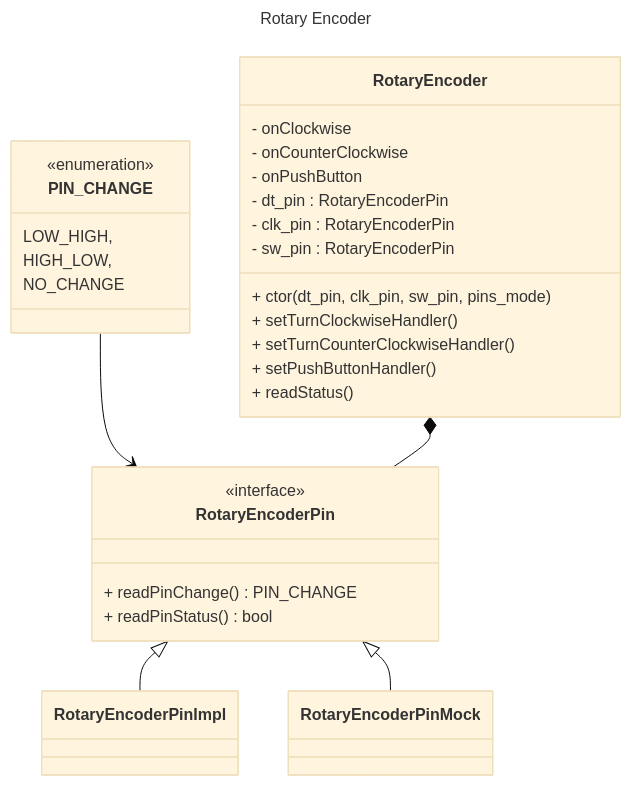
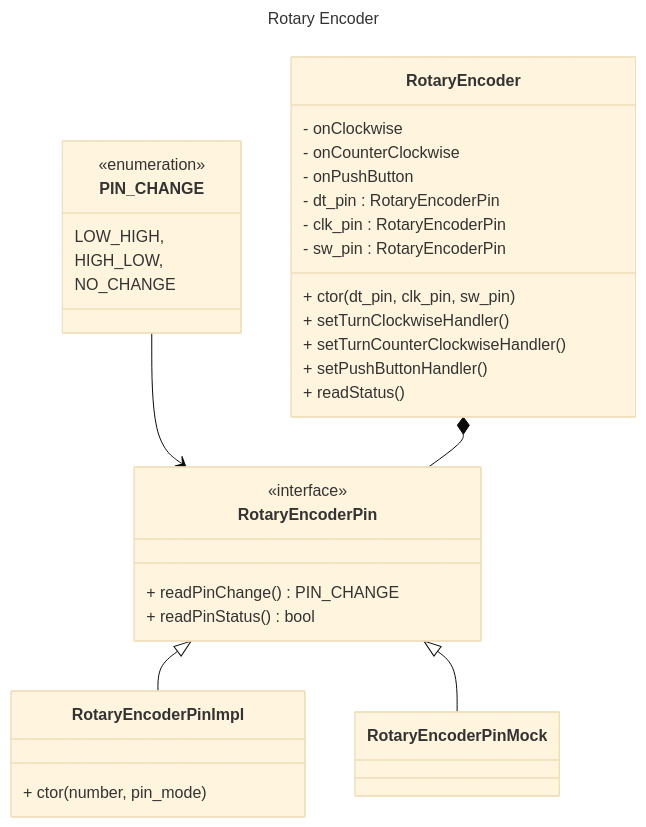
Before and after one commit to aserebryakov/arduino-cpp-components-library: the first of 2 diagrams in volume_control_and_pc_busy_simulator/README.md, drawn with Mermaid (base theme). The commit also changed other lines of this file, not shown here.

````diff
--- a/volume_control_and_pc_busy_simulator/README.md
+++ b/volume_control_and_pc_busy_simulator/README.md
@@ -19,42 +19,45 @@
 ```mermaid
 ---
 title: Rotary Encoder
 ---
 classDiagram
     class PIN_CHANGE {
         <<enumeration>>
         LOW_HIGH,
         HIGH_LOW,
         NO_CHANGE
     }
 
     class RotaryEncoderPin {
         <<interface>>
         + readPinChange() PIN_CHANGE
         + readPinStatus() bool
     }
 
-    class RotaryEncoderPinImpl
+    class RotaryEncoderPinImpl {
+        + ctor(number, pin_mode)
+    }
+
     class RotaryEncoderPinMock
 
     class RotaryEncoder {
-        + ctor(dt_pin, clk_pin, sw_pin, pins_mode)
+        + ctor(dt_pin, clk_pin, sw_pin)
         + setTurnClockwiseHandler()
         + setTurnCounterClockwiseHandler()
         + setPushButtonHandler()
         + readStatus()
         - onClockwise
         - onCounterClockwise
         - onPushButton
         - dt_pin : RotaryEncoderPin
         - clk_pin : RotaryEncoderPin
         - sw_pin : RotaryEncoderPin
     }
 
     PIN_CHANGE --> RotaryEncoderPin
 
     RotaryEncoderPin <|-- RotaryEncoderPinImpl
     RotaryEncoderPin <|-- RotaryEncoderPinMock
 
     RotaryEncoder *-- RotaryEncoderPin
 ```
````
